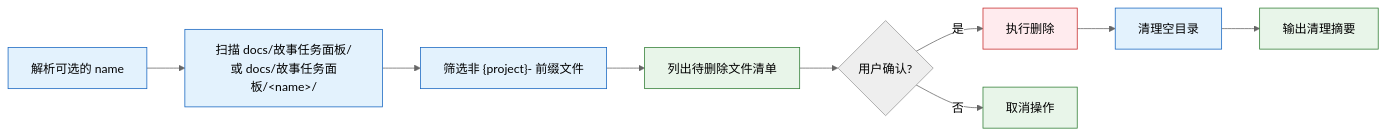
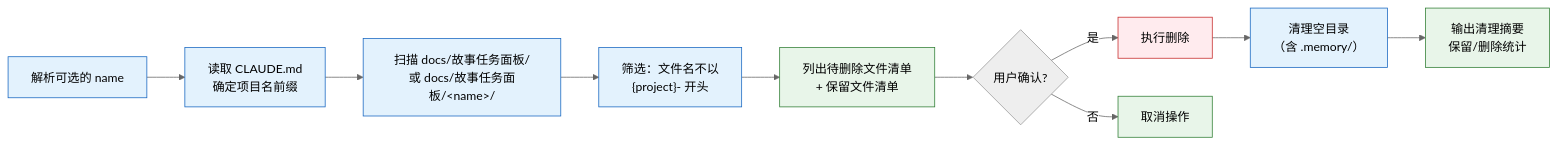
Before and after one commit to effiy/YrY: the ninth of 12 diagrams in skills/rui-story/SKILL.md, drawn with Mermaid (neutral theme). The commit also changed other lines of this file and 3 other files, not shown here.

````diff
--- a/skills/rui-story/SKILL.md
+++ b/skills/rui-story/SKILL.md
@@ -250,15 +253,16 @@
 ```mermaid
 flowchart LR
-    PARSE["解析可选的 name"]:::op --> SCAN["扫描 docs/故事任务面板/<br/>或 docs/故事任务面板/&lt;name&gt;/"]:::op
-    SCAN --> FILTER["筛选非 {project}- 前缀文件"]:::op
-    FILTER --> SHOW["列出待删除文件清单"]:::out
+    PARSE["解析可选的 name"]:::op --> PROJ["读取 CLAUDE.md<br/>确定项目名前缀"]:::op
+    PROJ --> SCAN["扫描 docs/故事任务面板/<br/>或 docs/故事任务面板/&lt;name&gt;/"]:::op
+    SCAN --> FILTER["筛选：文件名不以<br/>{project}- 开头"]:::op
+    FILTER --> SHOW["列出待删除文件清单<br/>+ 保留文件清单"]:::out
     SHOW --> CONFIRM{"用户确认?"}
     CONFIRM -->|"是"| DEL["执行删除"]:::danger
     CONFIRM -->|"否"| ABORT["取消操作"]:::out
-    DEL --> CLEAN["清理空目录"]:::op
-    CLEAN --> REPORT["输出清理摘要"]:::out
+    DEL --> CLEAN["清理空目录<br/>（含 .memory/）"]:::op
+    CLEAN --> REPORT["输出清理摘要<br/>保留/删除统计"]:::out
 
     classDef op fill:#e3f2fd,stroke:#1565c0;
     classDef out fill:#e8f5e9,stroke:#2e7d32;
     classDef danger fill:#ffebee,stroke:#c62828;
 ```
````
